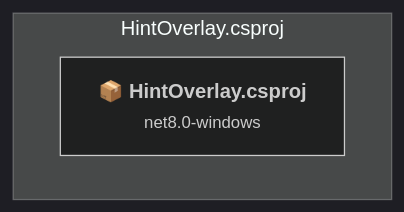
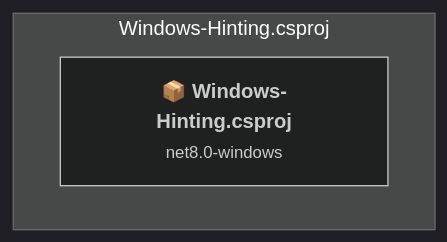
Before and after one commit to knausj85/Windows-Hinting: the second of 2 diagrams in .github/upgrades/scenarios/dotnet-version-upgrade/assessment.md, drawn with Mermaid (dark theme). The commit also changed other lines of this file and 85 other files, not shown here.

Commit message:
Rename project to Windows-Hinting

````diff
--- a/.github/upgrades/scenarios/dotnet-version-upgrade/assessment.md
+++ b/.github/upgrades/scenarios/dotnet-version-upgrade/assessment.md
@@ -115,8 +115,8 @@
 ```mermaid
 flowchart TB
-    subgraph current["HintOverlay.csproj"]
-        MAIN["<b>📦&nbsp;HintOverlay.csproj</b><br/><small>net8.0-windows</small>"]
-        click MAIN "#hintoverlaycsproj"
+    subgraph current["Windows-Hinting.csproj"]
+        MAIN["<b>📦&nbsp;Windows-Hinting.csproj</b><br/><small>net8.0-windows</small>"]
+        click MAIN "#Windows-Hintingcsproj"
     end
 
 ```
````
